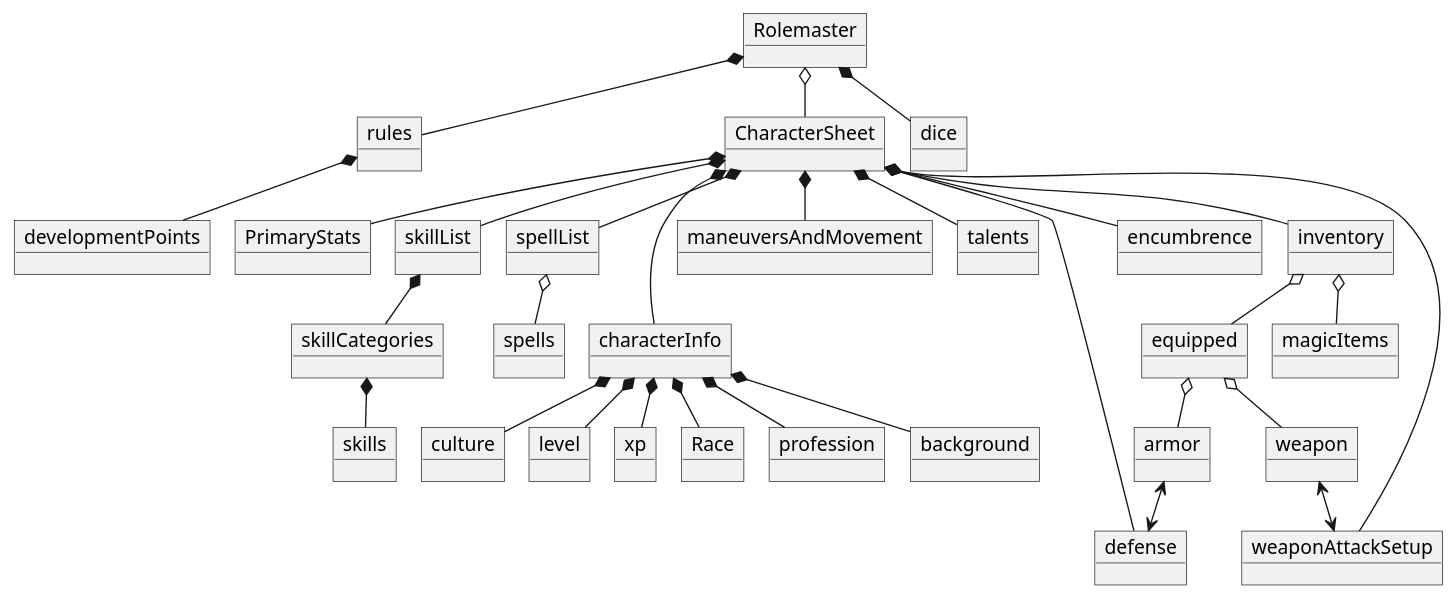
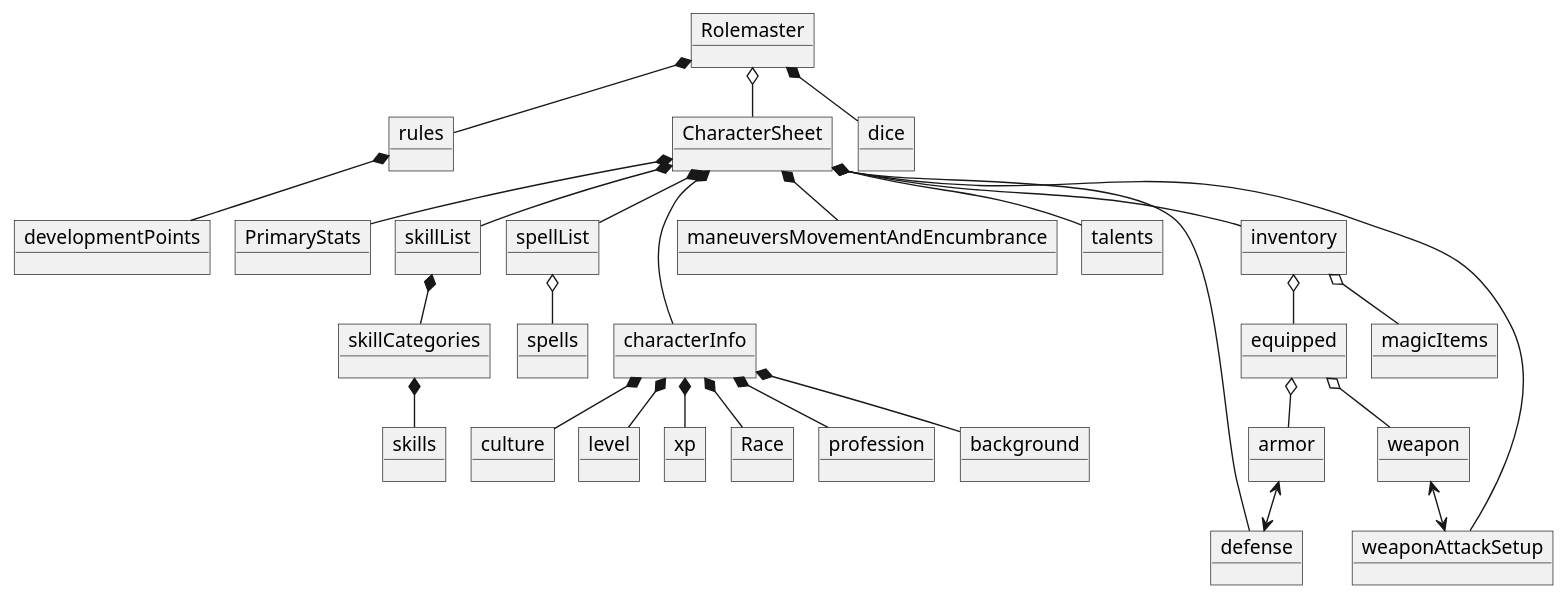
Before and after one commit to Falcho/ICE: the diagram in Docs/DomainModel.puml, drawn with PlantUML.

Commit message:
Updated domainModel pt.2

```diff
--- a/Docs/DomainModel.puml
+++ b/Docs/DomainModel.puml
@@ -1,63 +1,61 @@
 @startuml
 'https://plantuml.com/object-diagram
 !pragma layout smetana
 object Rolemaster
 object inventory
 object PrimaryStats
 object skillList
 object spellList
 object equipped
 object characterInfo
 object Race
 object profession
 object background
 object rules
-object maneuversAndMovement
+object maneuversMovementAndEncumbrance
 object developmentPoints
 object talents
 object culture
 object CharacterSheet
 object skillCategories
 object dice
 object defense
-object encumbrence
 object weaponAttackSetup
 object skills
 object spells
 object magicItems
 object armor
 object weapon
 object level
 object xp
 
 Rolemaster o-- CharacterSheet
 Rolemaster *-- rules
 Rolemaster *-- dice
 CharacterSheet *-- PrimaryStats
 CharacterSheet *-- skillList
 CharacterSheet *-- spellList
 CharacterSheet *--- characterInfo
 CharacterSheet *-- inventory
 characterInfo *-- Race
 characterInfo *-- profession
 characterInfo *-- background
 characterInfo *-- culture
 CharacterSheet *-- talents
 CharacterSheet *-- defense
 inventory o-- equipped
-CharacterSheet *-- maneuversAndMovement
-CharacterSheet *-- encumbrence
+CharacterSheet *-- maneuversMovementAndEncumbrance
 CharacterSheet *-- weaponAttackSetup
 skillList *-- skillCategories
 skillCategories *-- skills
 spellList o-- spells
 inventory o-- magicItems
 equipped o-- armor
 equipped o-- weapon
 weapon <--> weaponAttackSetup
 armor <--> defense
 characterInfo *-- level
 characterInfo *-- xp
 rules *-- developmentPoints
 
 @enduml
```
